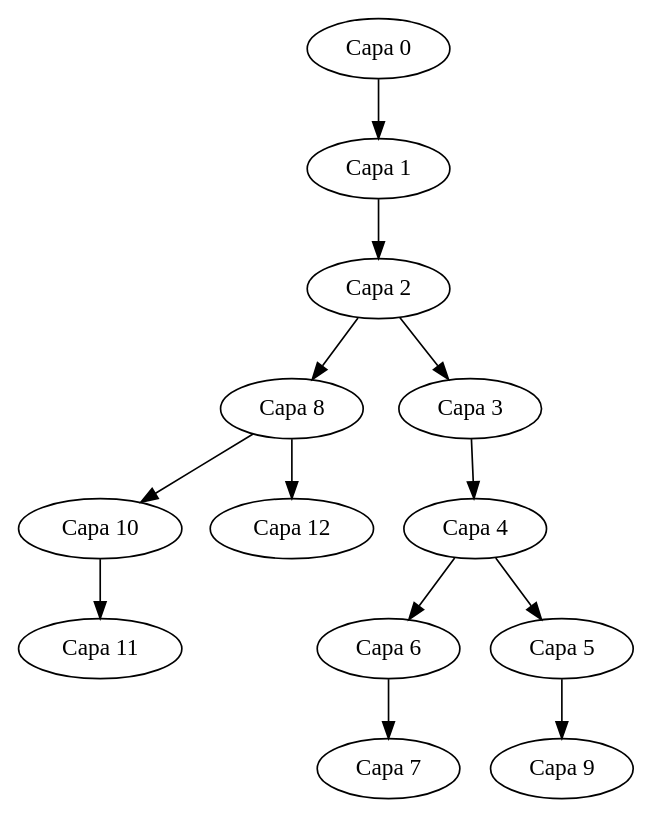
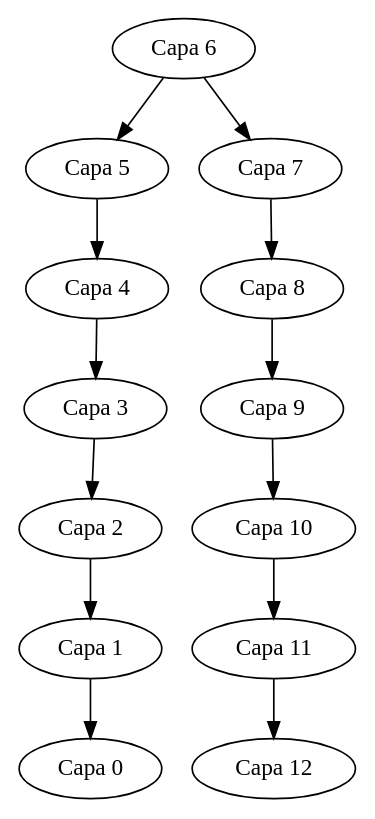
The diagram in Fase 2/layers_tree.dot (DiegoCali/EDD_PROYECTO_202201128), drawn with Graphviz before and after one commit. The commit also changed 4 other files, not shown here.

```diff
--- a/Fase 2/layers_tree.dot
+++ b/Fase 2/layers_tree.dot
@@ -1,27 +1,27 @@
 digraph G {
+node_6 [label="Capa 6"];
+node_6 -> node_5;
+node_6 -> node_7;
+node_5 [label="Capa 5"];
+node_5 -> node_4;
+node_4 [label="Capa 4"];
+node_4 -> node_3;
+node_3 [label="Capa 3"];
+node_3 -> node_2;
+node_2 [label="Capa 2"];
+node_2 -> node_1;
+node_1 [label="Capa 1"];
+node_1 -> node_0;
 node_0 [label="Capa 0"];
-node_0 -> node_1;
-node_1 [label="Capa 1"];
-node_1 -> node_2;
-node_2 [label="Capa 2"];
-node_2 -> node_8;
-node_2 -> node_3;
+node_7 [label="Capa 7"];
+node_7 -> node_8;
 node_8 [label="Capa 8"];
-node_8 -> node_10;
-node_8 -> node_12;
+node_8 -> node_9;
+node_9 [label="Capa 9"];
+node_9 -> node_10;
 node_10 [label="Capa 10"];
 node_10 -> node_11;
 node_11 [label="Capa 11"];
+node_11 -> node_12;
 node_12 [label="Capa 12"];
-node_3 [label="Capa 3"];
-node_3 -> node_4;
-node_4 [label="Capa 4"];
-node_4 -> node_6;
-node_4 -> node_5;
-node_6 [label="Capa 6"];
-node_6 -> node_7;
-node_7 [label="Capa 7"];
-node_5 [label="Capa 5"];
-node_5 -> node_9;
-node_9 [label="Capa 9"];
 }
```
